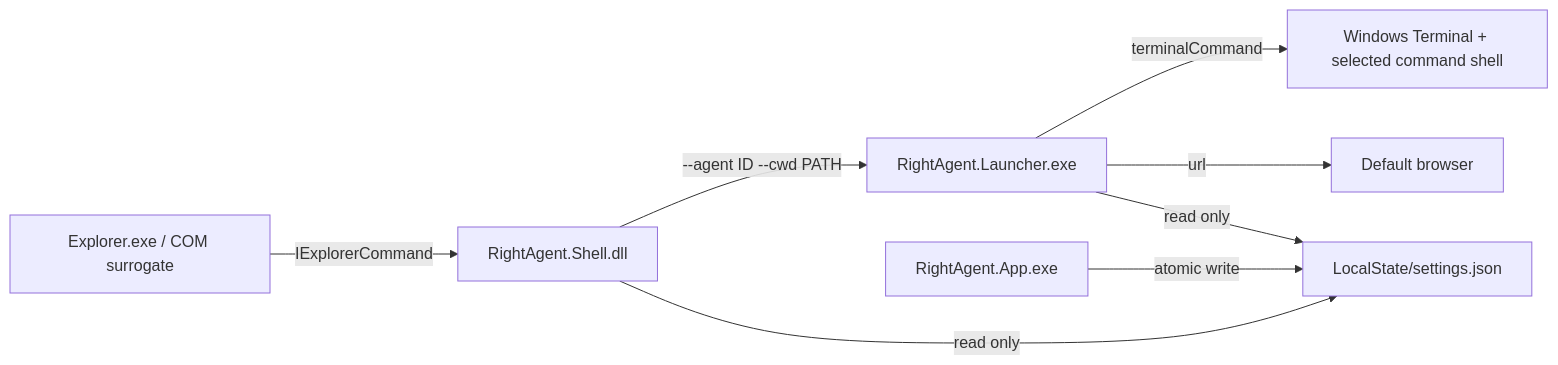
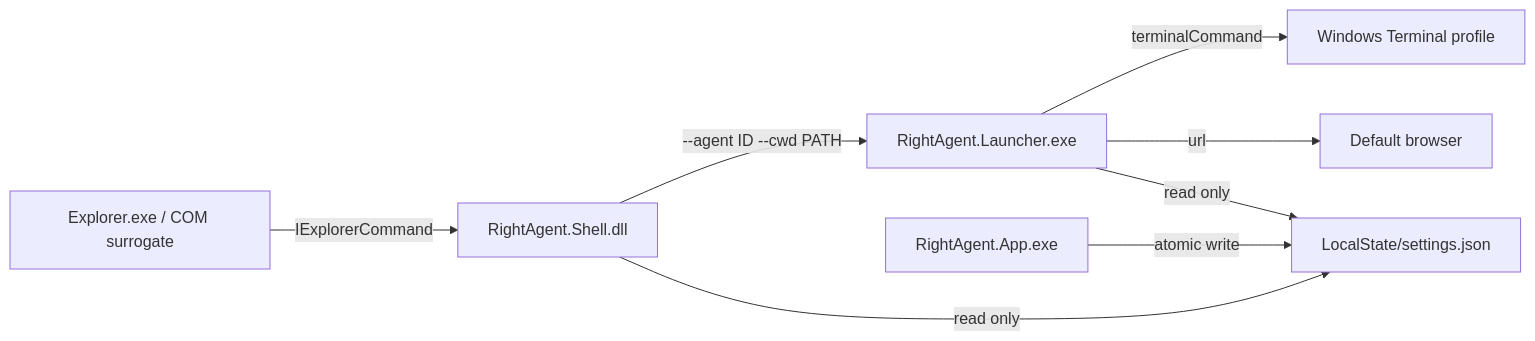
One commit to y0ung-jg-1/RightAgent changed the diagram in docs/ARCHITECTURE.md. Above: the diagram before and after it, drawn with Mermaid. The commit also changed other lines of this file and 21 other files, not shown here.

First line of the commit message:
feat: use the Terminal profile as the shell

````diff
--- a/docs/ARCHITECTURE.md
+++ b/docs/ARCHITECTURE.md
@@ -3,10 +3,10 @@
 ```mermaid
 flowchart LR
     E["Explorer.exe / COM surrogate"] -->|"IExplorerCommand"| S["RightAgent.Shell.dll"]
     S -->|"--agent ID --cwd PATH"| L["RightAgent.Launcher.exe"]
-    L -->|"terminalCommand"| W["Windows Terminal + selected command shell"]
+    L -->|"terminalCommand"| W["Windows Terminal profile"]
     L -->|"url"| B["Default browser"]
     A["RightAgent.App.exe"] -->|"atomic write"| J["LocalState/settings.json"]
     S -->|"read only"| J
     L -->|"read only"| J
 ```
````
